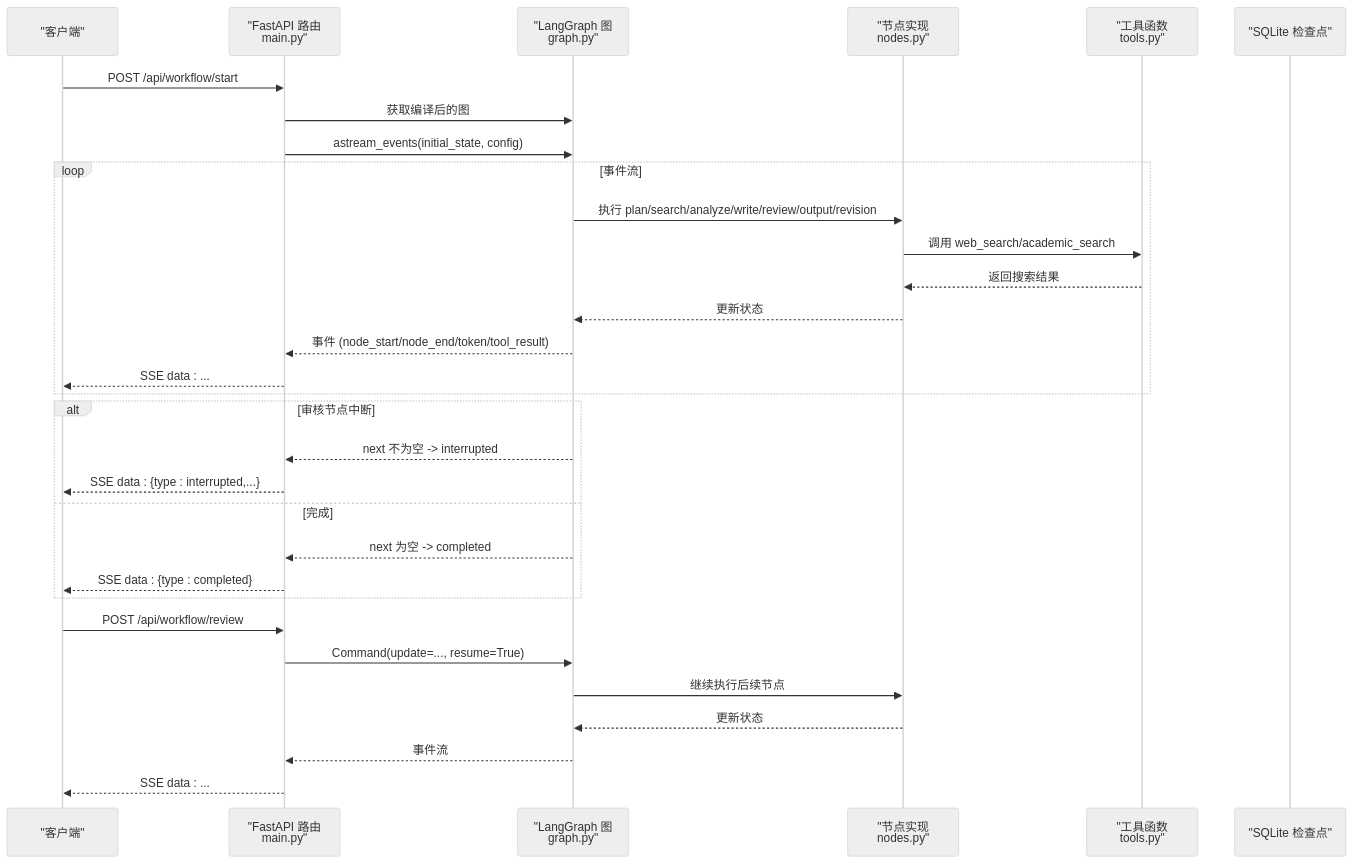
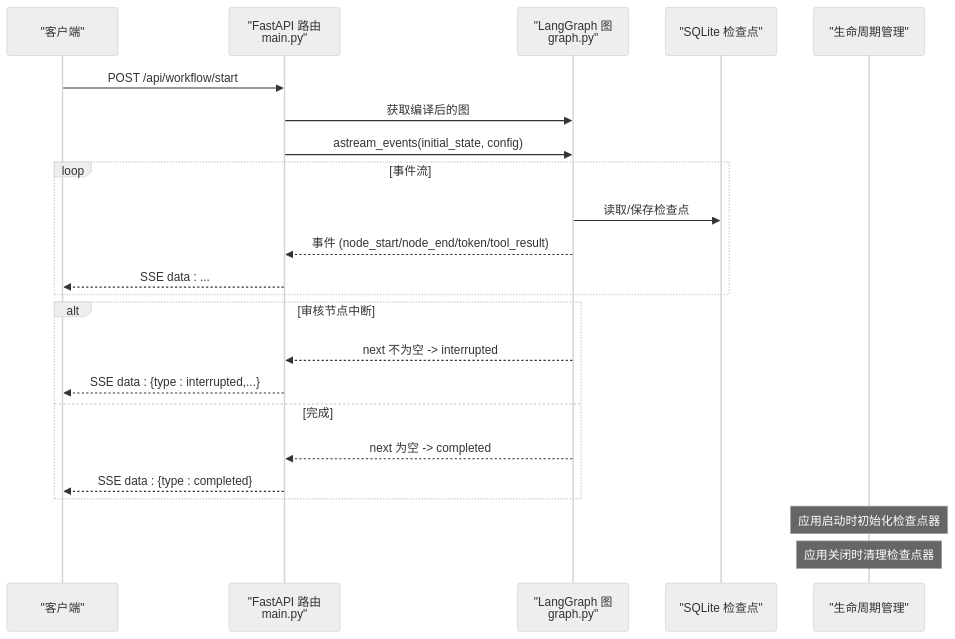
The second of 5 diagrams in .qoder/repowiki/zh/content/后端服务/FastAPI 应用层.md (sundew26/agent-week3), drawn with Mermaid (neutral theme) before and after one commit. The commit also changed other lines of this file and 8 other files, not shown here.

````diff
--- a/.qoder/repowiki/zh/content/后端服务/FastAPI 应用层.md
+++ b/.qoder/repowiki/zh/content/后端服务/FastAPI 应用层.md
@@ -93,33 +108,25 @@
 ```mermaid
 sequenceDiagram
 participant Client as "客户端"
 participant API as "FastAPI 路由<br/>main.py"
 participant Graph as "LangGraph 图<br/>graph.py"
-participant Nodes as "节点实现<br/>nodes.py"
-participant Tools as "工具函数<br/>tools.py"
 participant Checkpoint as "SQLite 检查点"
+participant Lifecycle as "生命周期管理"
 Client->>API : POST /api/workflow/start
 API->>Graph : 获取编译后的图
 API->>Graph : astream_events(initial_state, config)
 loop 事件流
-Graph->>Nodes : 执行 plan/search/analyze/write/review/output/revision
-Nodes->>Tools : 调用 web_search/academic_search
-Tools-->>Nodes : 返回搜索结果
-Nodes-->>Graph : 更新状态
+Graph->>Checkpoint : 读取/保存检查点
 Graph-->>API : 事件 (node_start/node_end/token/tool_result)
 API-->>Client : SSE data : ...
 end
 alt 审核节点中断
 Graph-->>API : next 不为空 -> interrupted
 API-->>Client : SSE data : {type : interrupted,...}
 else 完成
 Graph-->>API : next 为空 -> completed
 API-->>Client : SSE data : {type : completed}
 end
-Client->>API : POST /api/workflow/review
-API->>Graph : Command(update=..., resume=True)
-Graph->>Nodes : 继续执行后续节点
-Nodes-->>Graph : 更新状态
-Graph-->>API : 事件流
-API-->>Client : SSE data : ...
+Note over Lifecycle : 应用启动时初始化检查点器
+Note over Lifecycle : 应用关闭时清理检查点器
 ```
````
